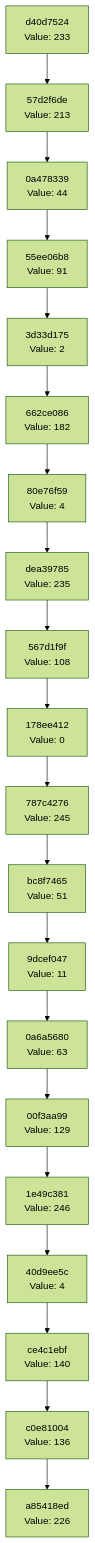
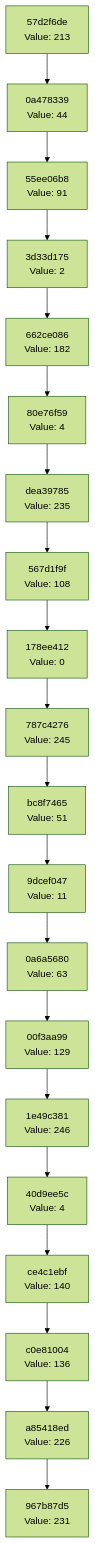
Before and after one commit to Abhisheksinha1506/hash-chain-evolver: the diagram in docs/CHAIN_VISUALIZATION.md, drawn with Mermaid (forest theme). The commit also changed 3 other files, not shown here.

````diff
--- a/docs/CHAIN_VISUALIZATION.md
+++ b/docs/CHAIN_VISUALIZATION.md
@@ -3,42 +3,42 @@
 ```mermaid
 graph TD
-    C0["a85418ed<br/>Value: 226"]
-    C1["c0e81004<br/>Value: 136"]
+    C0["967b87d5<br/>Value: 231"]
+    C1["a85418ed<br/>Value: 226"]
     C1 --> C0
-    C2["ce4c1ebf<br/>Value: 140"]
+    C2["c0e81004<br/>Value: 136"]
     C2 --> C1
-    C3["40d9ee5c<br/>Value: 4"]
+    C3["ce4c1ebf<br/>Value: 140"]
     C3 --> C2
-    C4["1e49c381<br/>Value: 246"]
+    C4["40d9ee5c<br/>Value: 4"]
     C4 --> C3
-    C5["00f3aa99<br/>Value: 129"]
+    C5["1e49c381<br/>Value: 246"]
     C5 --> C4
-    C6["0a6a5680<br/>Value: 63"]
+    C6["00f3aa99<br/>Value: 129"]
     C6 --> C5
-    C7["9dcef047<br/>Value: 11"]
+    C7["0a6a5680<br/>Value: 63"]
     C7 --> C6
-    C8["bc8f7465<br/>Value: 51"]
+    C8["9dcef047<br/>Value: 11"]
     C8 --> C7
-    C9["787c4276<br/>Value: 245"]
+    C9["bc8f7465<br/>Value: 51"]
     C9 --> C8
-    C10["178ee412<br/>Value: 0"]
+    C10["787c4276<br/>Value: 245"]
     C10 --> C9
-    C11["567d1f9f<br/>Value: 108"]
+    C11["178ee412<br/>Value: 0"]
     C11 --> C10
-    C12["dea39785<br/>Value: 235"]
+    C12["567d1f9f<br/>Value: 108"]
     C12 --> C11
-    C13["80e76f59<br/>Value: 4"]
+    C13["dea39785<br/>Value: 235"]
     C13 --> C12
-    C14["662ce086<br/>Value: 182"]
+    C14["80e76f59<br/>Value: 4"]
     C14 --> C13
-    C15["3d33d175<br/>Value: 2"]
+    C15["662ce086<br/>Value: 182"]
     C15 --> C14
-    C16["55ee06b8<br/>Value: 91"]
+    C16["3d33d175<br/>Value: 2"]
     C16 --> C15
-    C17["0a478339<br/>Value: 44"]
+    C17["55ee06b8<br/>Value: 91"]
     C17 --> C16
-    C18["57d2f6de<br/>Value: 213"]
+    C18["0a478339<br/>Value: 44"]
     C18 --> C17
-    C19["d40d7524<br/>Value: 233"]
+    C19["57d2f6de<br/>Value: 213"]
     C19 --> C18
 ```
````
